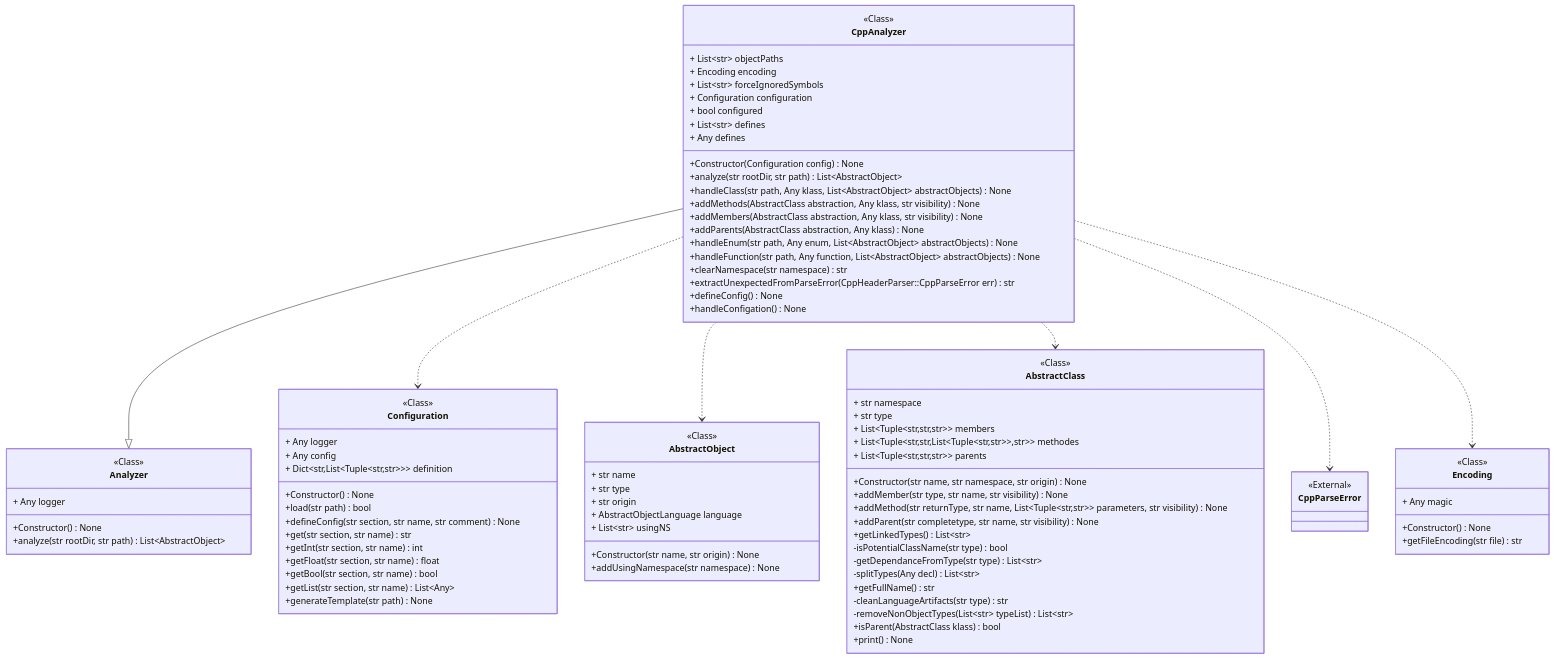
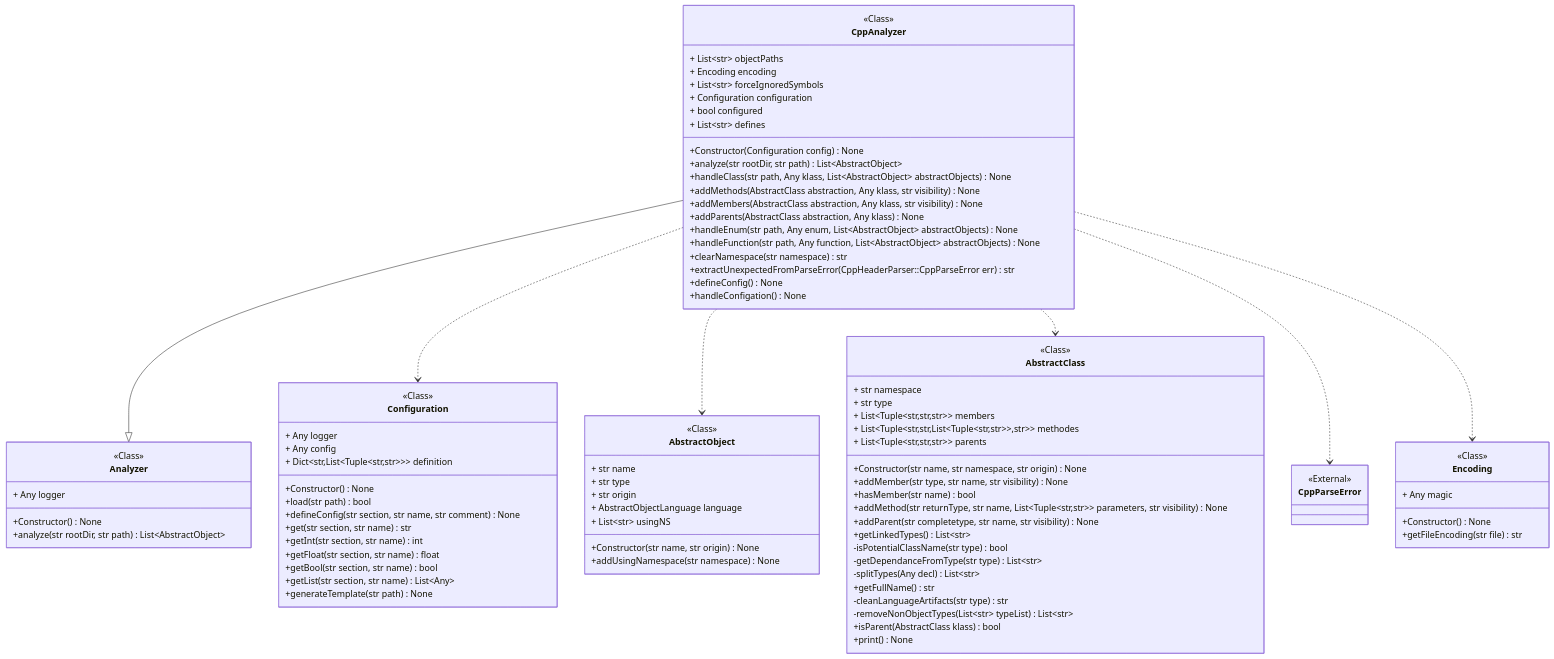
Before and after one commit to miong/pycodeanalyzer: the diagram in docs/source/code/diagrams/pycodeanalyzer_core_languages_analyzers_cppanalyzer_CppAnalyzer.mmd, drawn with Mermaid. The commit also changed 17 other files, not shown here.

```diff
--- a/docs/source/code/diagrams/pycodeanalyzer_core_languages_analyzers_cppanalyzer_CppAnalyzer.mmd
+++ b/docs/source/code/diagrams/pycodeanalyzer_core_languages_analyzers_cppanalyzer_CppAnalyzer.mmd
@@ -1,94 +1,94 @@
 classDiagram
 class CppAnalyzer {
 <<Class>>
 + List~str~ objectPaths
 + Encoding encoding
 + List~str~ forceIgnoredSymbols
 + Configuration configuration
 + bool configured
 + List~str~ defines
-+ Any defines
 +Constructor(Configuration config) None
 +analyze(str rootDir, str path) List~AbstractObject~
 +handleClass(str path, Any klass, List~AbstractObject~ abstractObjects) None
 +addMethods(AbstractClass abstraction, Any klass, str visibility) None
 +addMembers(AbstractClass abstraction, Any klass, str visibility) None
 +addParents(AbstractClass abstraction, Any klass) None
 +handleEnum(str path, Any enum, List~AbstractObject~ abstractObjects) None
 +handleFunction(str path, Any function, List~AbstractObject~ abstractObjects) None
 +clearNamespace(str namespace) str
 +extractUnexpectedFromParseError(CppHeaderParser::CppParseError err) str
 +defineConfig() None
 +handleConfigation() None
 }
 class Analyzer {
 <<Class>>
 + Any logger
 +Constructor() None
 +analyze(str rootDir, str path) List~AbstractObject~
 }
 link Analyzer "class££pycodeanalyzer::core::languages::analyzer::Analyzer"
 class Configuration {
 <<Class>>
 + Any logger
 + Any config
 + Dict&lt;str,List&lt;Tuple&lt;str,str&gt;&gt;&gt; definition
 +Constructor() None
 +load(str path) bool
 +defineConfig(str section, str name, str comment) None
 +get(str section, str name) str
 +getInt(str section, str name) int
 +getFloat(str section, str name) float
 +getBool(str section, str name) bool
 +getList(str section, str name) List~Any~
 +generateTemplate(str path) None
 }
 link Configuration "class££pycodeanalyzer::core::configuration::configuration::Configuration"
 class AbstractObject {
 <<Class>>
 + str name
 + str type
 + str origin
 + AbstractObjectLanguage language
 + List~str~ usingNS
 +Constructor(str name, str origin) None
 +addUsingNamespace(str namespace) None
 }
 link AbstractObject "class££pycodeanalyzer::core::abstraction::objects::AbstractObject"
 class AbstractClass {
 <<Class>>
 + str namespace
 + str type
 + List&lt;Tuple&lt;str,str,str&gt;&gt; members
 + List&lt;Tuple&lt;str,str,List&lt;Tuple&lt;str,str&gt;&gt;,str&gt;&gt; methodes
 + List&lt;Tuple&lt;str,str,str&gt;&gt; parents
 +Constructor(str name, str namespace, str origin) None
 +addMember(str type, str name, str visibility) None
++hasMember(str name) bool
 +addMethod(str returnType, str name, List&lt;Tuple&lt;str,str&gt;&gt; parameters, str visibility) None
 +addParent(str completetype, str name, str visibility) None
 +getLinkedTypes() List~str~
 -isPotentialClassName(str type) bool
 -getDependanceFromType(str type) List~str~
 -splitTypes(Any decl) List~str~
 +getFullName() str
 -cleanLanguageArtifacts(str type) str
 -removeNonObjectTypes(List~str~ typeList) List~str~
 +isParent(AbstractClass klass) bool
 +print() None
 }
 link AbstractClass "class££pycodeanalyzer::core::abstraction::objects::AbstractClass"
 class CppParseError
 <<External>> CppParseError
 class Encoding {
 <<Class>>
 + Any magic
 +Constructor() None
 +getFileEncoding(str file) str
 }
 link Encoding "class££pycodeanalyzer::core::encoding::encodings::Encoding"
 CppAnalyzer --|> Analyzer
 CppAnalyzer ..> Configuration
 CppAnalyzer ..> AbstractObject
 CppAnalyzer ..> AbstractClass
 CppAnalyzer ..> CppParseError
 CppAnalyzer ..> Encoding
```
